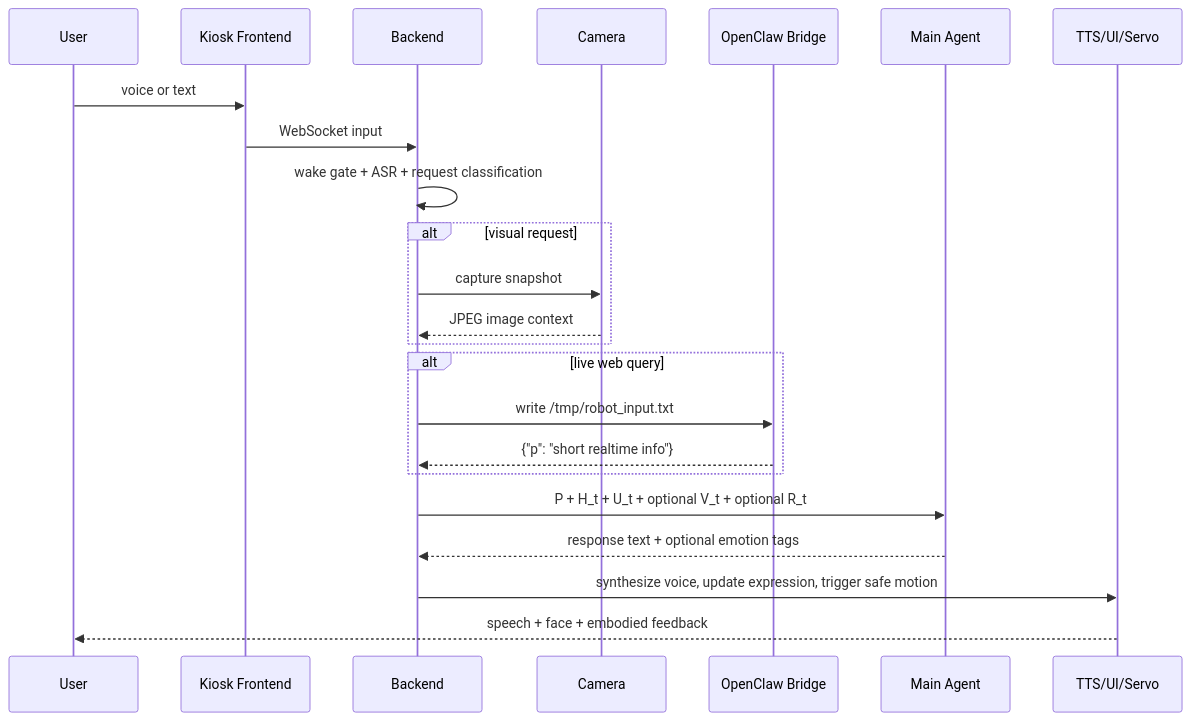
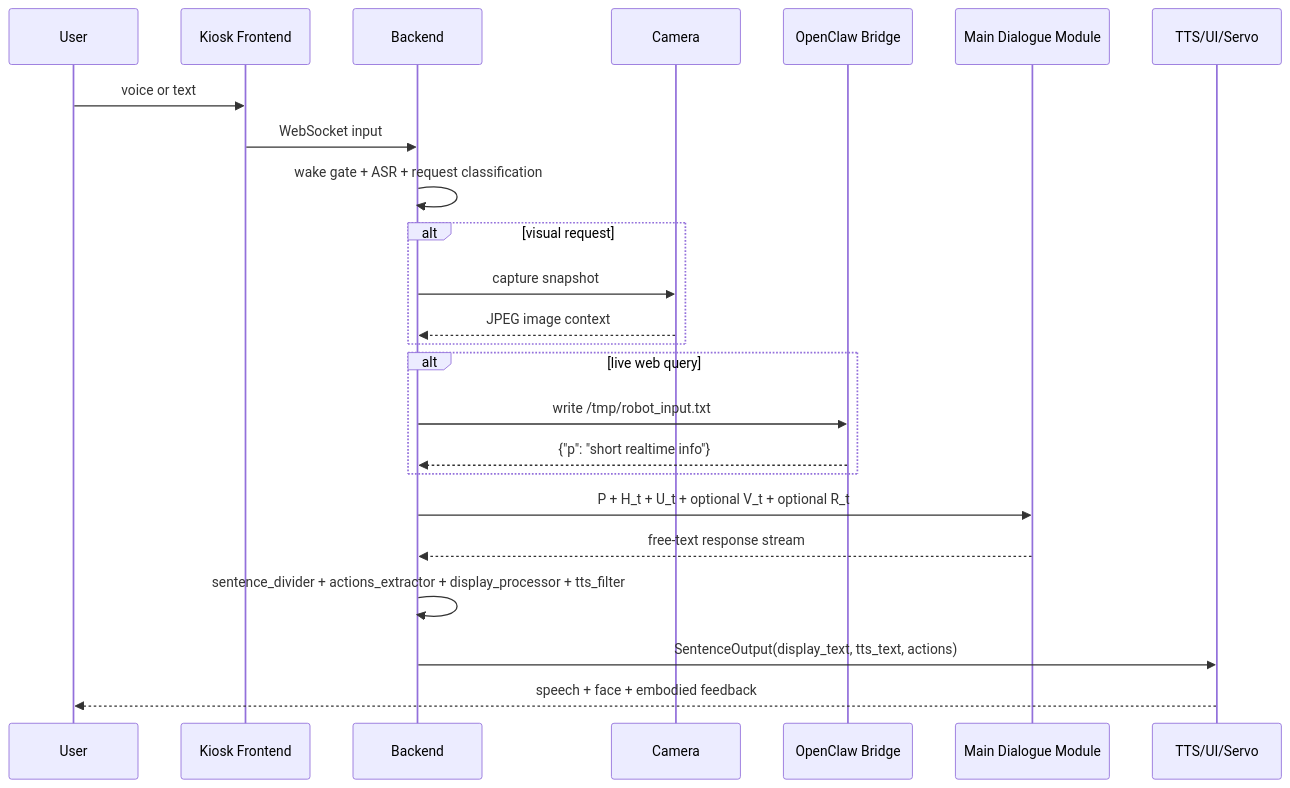
The third of 5 diagrams in docs/thesis/public-thesis-materials.md (KQuaneo/MyGraduationProject), drawn with Mermaid before and after one commit. The commit also changed other lines of this file, not shown here.

Commit message:
docs: clarify dialogue output flow

````diff
--- a/docs/thesis/public-thesis-materials.md
+++ b/docs/thesis/public-thesis-materials.md
@@ -125,26 +127,27 @@
 ```mermaid
 sequenceDiagram
     participant U as User
     participant F as Kiosk Frontend
     participant B as Backend
     participant C as Camera
     participant O as OpenClaw Bridge
-    participant A as Main Agent
+    participant A as Main Dialogue Module
     participant T as TTS/UI/Servo
 
     U->>F: voice or text
     F->>B: WebSocket input
     B->>B: wake gate + ASR + request classification
     alt visual request
         B->>C: capture snapshot
         C-->>B: JPEG image context
     end
     alt live web query
         B->>O: write /tmp/robot_input.txt
         O-->>B: {"p": "short realtime info"}
     end
     B->>A: P + H_t + U_t + optional V_t + optional R_t
-    A-->>B: response text + optional emotion tags
-    B->>T: synthesize voice, update expression, trigger safe motion
+    A-->>B: free-text response stream
+    B->>B: sentence_divider + actions_extractor + display_processor + tts_filter
+    B->>T: SentenceOutput(display_text, tts_text, actions)
     T-->>U: speech + face + embodied feedback
 ```
````
